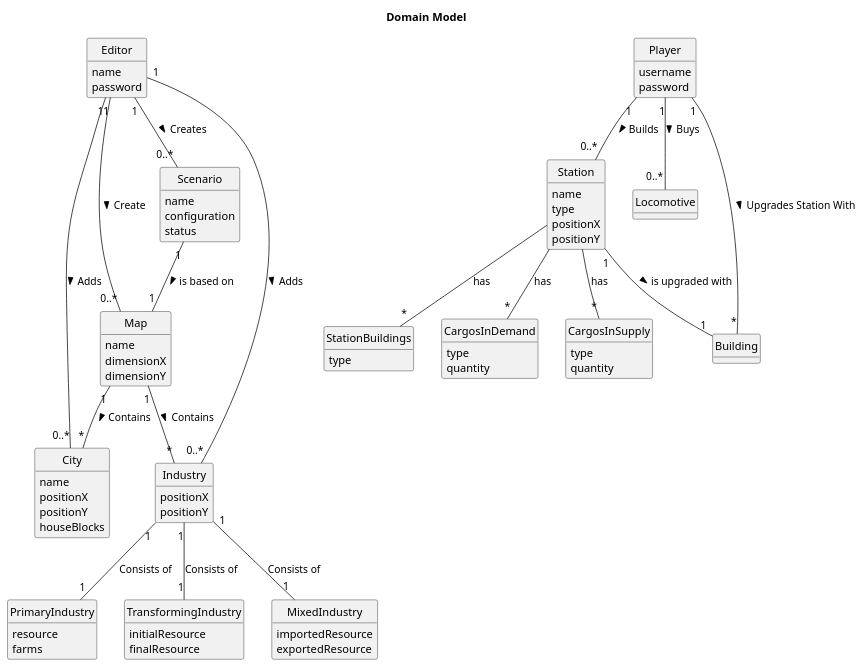
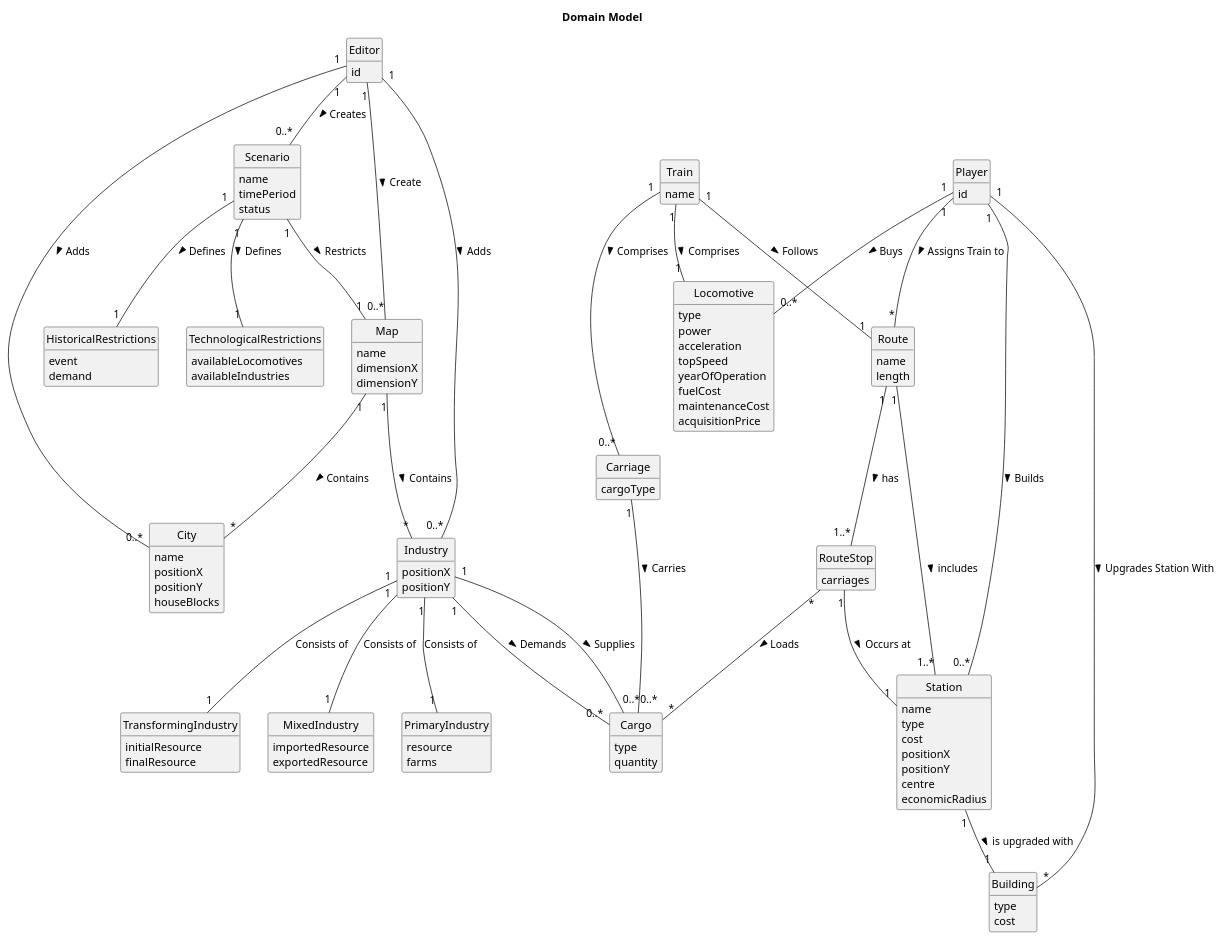
Before and after one commit to bruno-monteiro5/sem2-pi-24.25-g132-repo: the diagram in docs/system-documentation/global-artifacts/02.analysis/puml/DM.puml, drawn with PlantUML. The commit also changed 1 other file, not shown here.

```diff
--- a/docs/system-documentation/global-artifacts/02.analysis/puml/DM.puml
+++ b/docs/system-documentation/global-artifacts/02.analysis/puml/DM.puml
@@ -1,113 +1,156 @@
 @startuml
 skinparam monochrome true
 skinparam packageStyle rectangle
 skinparam shadowing false
 'skinparam linetype ortho
 'left to right direction
 skinparam classAttributeIconSize 0
 hide circle
 hide methods
 title Domain Model
 
 class Editor {
-name
-password
+id
 }
 
 class Map {
 name
 dimensionX
 dimensionY
  }
 
 class Scenario {
 name
-configuration
+timePeriod
 status
 }
 
+class TechnologicalRestrictions {
+availableLocomotives
+availableIndustries
+}
+
+class HistoricalRestrictions {
+event
+demand
+}
 
 class City {
 name
 positionX
 positionY
 houseBlocks
 }
 
 class Industry {
 positionX
 positionY
 }
 
 class PrimaryIndustry {
     resource
     farms
 }
 
 class TransformingIndustry {
     initialResource
     finalResource
 }
 
 class MixedIndustry {
     importedResource
     exportedResource
 }
 
 class Player {
-    username
-    password
+id
 }
 
 class Station {
     name
     type
+    cost
     positionX
     positionY
+    centre
+    economicRadius
 }
 
-class StationBuildings {
-    type
-}
-class CargosInDemand {
-    type
-    quantity
-}
-class CargosInSupply {
-    type
-    quantity
+class Train {
+name
 }
 
 class Locomotive {
+type
+power
+acceleration
+topSpeed
+yearOfOperation
+fuelCost
+maintenanceCost
+acquisitionPrice
+}
+
+class Route {
+name
+length
+}
+
+class RouteStop {
+carriages
+}
+
+class Cargo {
+type
+quantity
+}
+
+class Carriage {
+cargoType
 }
 
 class Building {
-
+type
+cost
 }
 
 
 
 Editor "1" -- "0..*" Map : Create >
 Editor "1" -- "0..*" Industry : Adds >
 Editor "1" -- "0..*" City : Adds >
 Editor "1" -- "0..*" Scenario : Creates >
 
 Map "1" -- "*" Industry : Contains >
 Map "1" -- "*" City : Contains >
 
-Scenario "1" -- "1" Map : is based on >
+Scenario "1" -- "1" Map : Restricts >
+Scenario "1" -- "1" TechnologicalRestrictions : Defines >
+Scenario "1" -- "1" HistoricalRestrictions : Defines >
 
 Industry "1" -- "1" PrimaryIndustry : Consists of
 Industry "1" -- "1" TransformingIndustry : Consists of
 Industry "1" -- "1" MixedIndustry : Consists of
+Industry "1" -- "0..*" Cargo : Demands >
+Industry "1" -- "0..*" Cargo : Supplies >
 
 Player "1" -- "0..*" Station : Builds >
 Player "1" -- "0..*" Locomotive : Buys >
 Player "1" -- "*"  Building : Upgrades Station With >
+Player "1" -- "*" Route : Assigns Train to >
 
-Station -- "*" StationBuildings : has
-Station -- "*" CargosInDemand : has
-Station -- "*" CargosInSupply : has
+Train "1" -- "1" Locomotive : Comprises >
+Train "1" -- "0..*" Carriage : Comprises >
+Train "1" -- "1" Route : Follows >
+
+Carriage "1" -- "0..*" Cargo : Carries >
+
+Route "1" -- "1..*" RouteStop : has >
+Route "1" -- "1..*" Station : includes >
+
+RouteStop "1" -- "1" Station : Occurs at >
+RouteStop "*" -- "*" Cargo : Loads >
+
 Station "1" -- "1" Building : is upgraded with >
 
 @enduml
```
